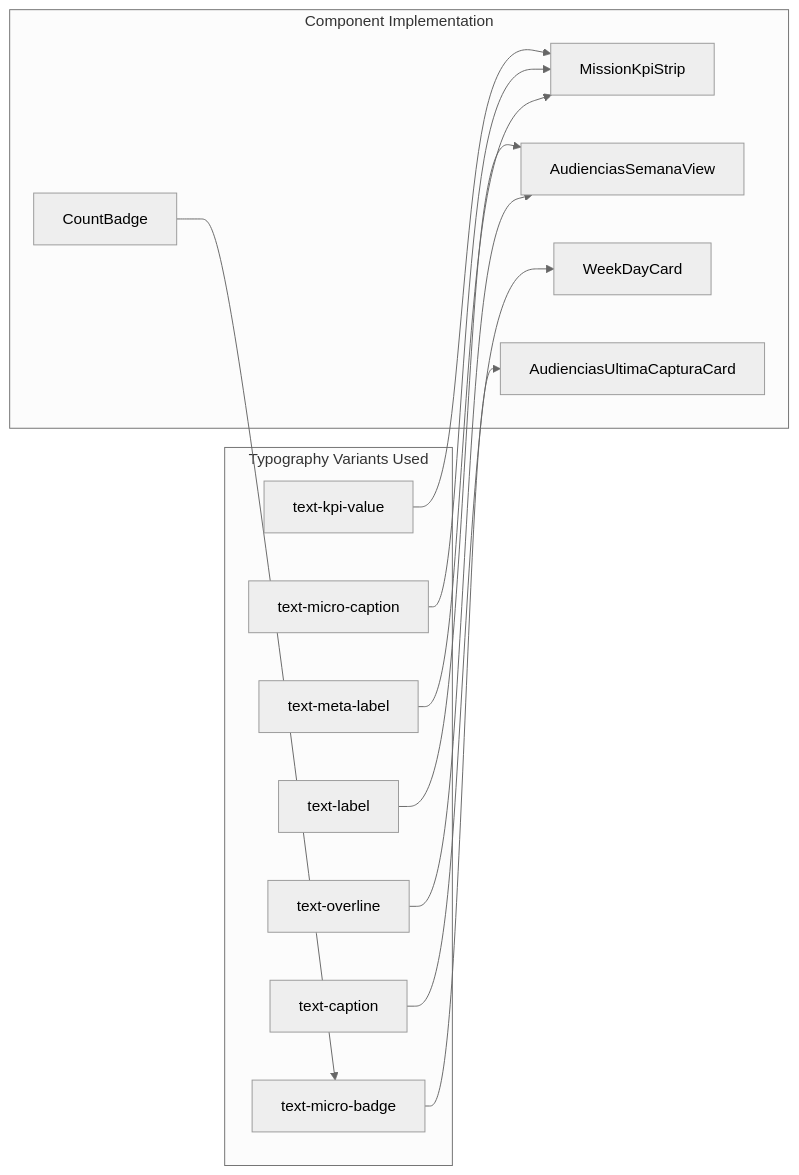
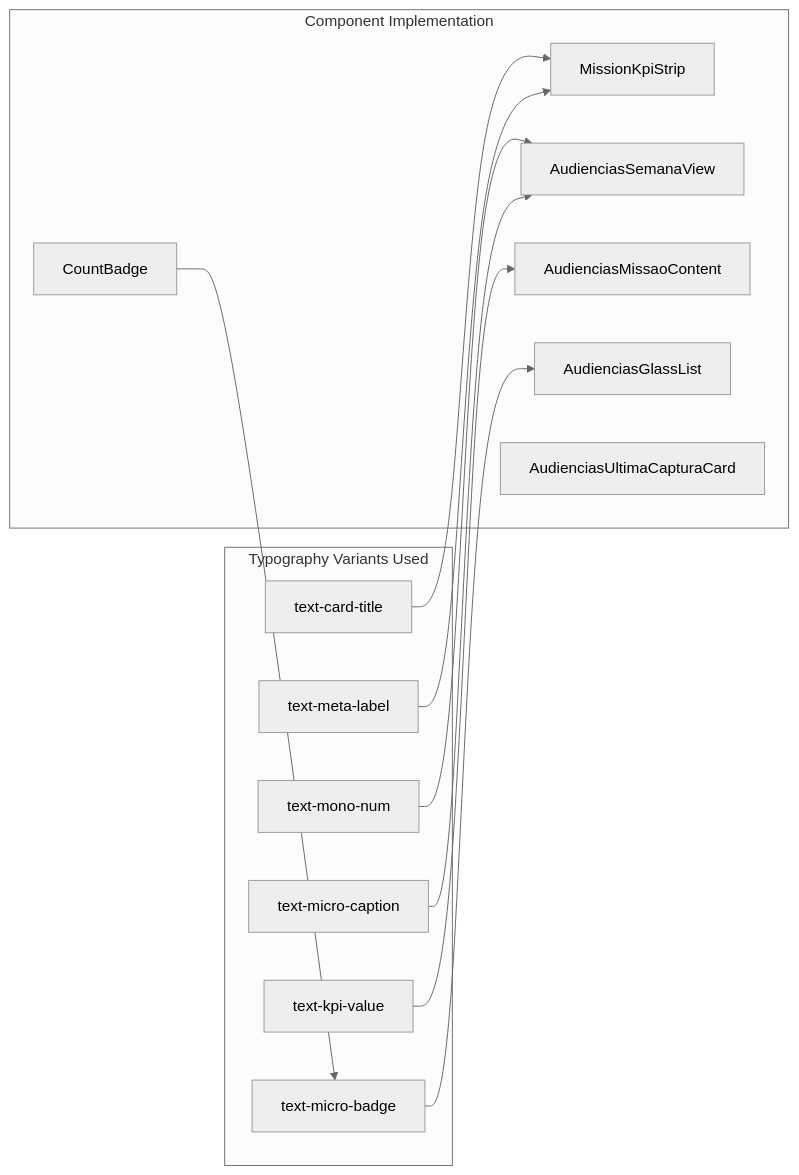
One commit to SinesysTech/zattar-os changed diagram 13 of 20 in .qoder/repowiki/en/content/Audiência Management.md. Above: the diagram before and after it, drawn with Mermaid (neutral theme). The commit also changed other lines of this file and 65 other files, not shown here.

````diff
--- a/.qoder/repowiki/en/content/Audiência Management.md
+++ b/.qoder/repowiki/en/content/Audiência Management.md
@@ -694,27 +749,26 @@
 ```mermaid
 flowchart LR
 subgraph "Typography Variants Used"
-TV1[text-kpi-value]
-TV2[text-label]
-TV3[text-caption]
-TV4[text-micro-caption]
-TV5[text-overline]
-TV6[text-meta-label]
-TV7[text-micro-badge]
+TV1[text-card-title]
+TV2[text-mono-num]
+TV3[text-kpi-value]
+TV4[text-micro-badge]
+TV5[text-meta-label]
+TV6[text-micro-caption]
 end
 subgraph "Component Implementation"
 MK1[MissionKpiStrip]
 ASV1[AudienciasSemanaView]
-WDC1[WeekDayCard]
+AMC1[AudienciasMissaoContent]
+AGL1[AudienciasGlassList]
 AC1[AudienciasUltimaCapturaCard]
 CB1[CountBadge]
 end
 TV1 --> MK1
 TV2 --> ASV1
-TV3 --> WDC1
-TV4 --> MK1
-TV5 --> ASV1
-TV6 --> MK1
-TV7 --> AC1
-CB1 --> TV7
+TV3 --> AMC1
+TV4 --> AGL1
+TV5 --> MK1
+TV6 --> ASV1
+CB1 --> TV4
 ```
````
